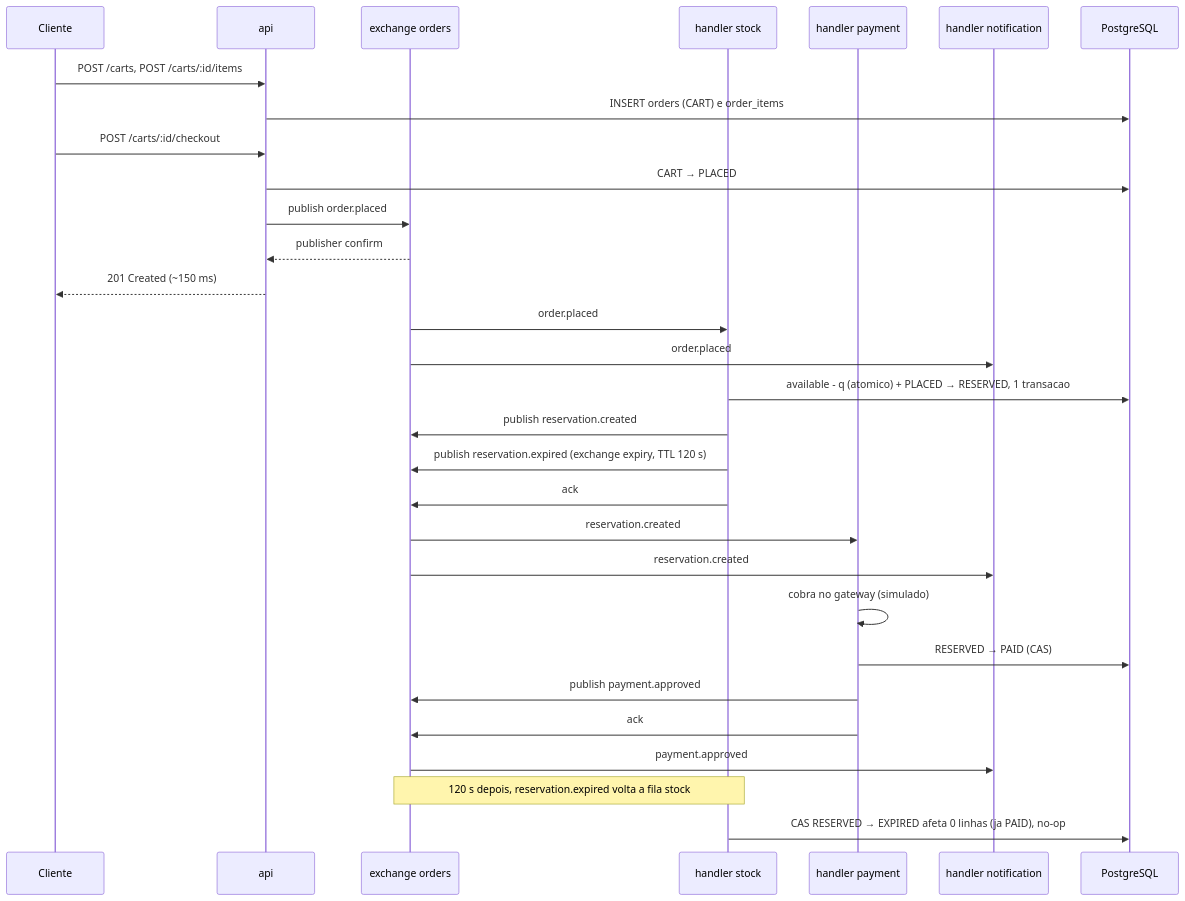
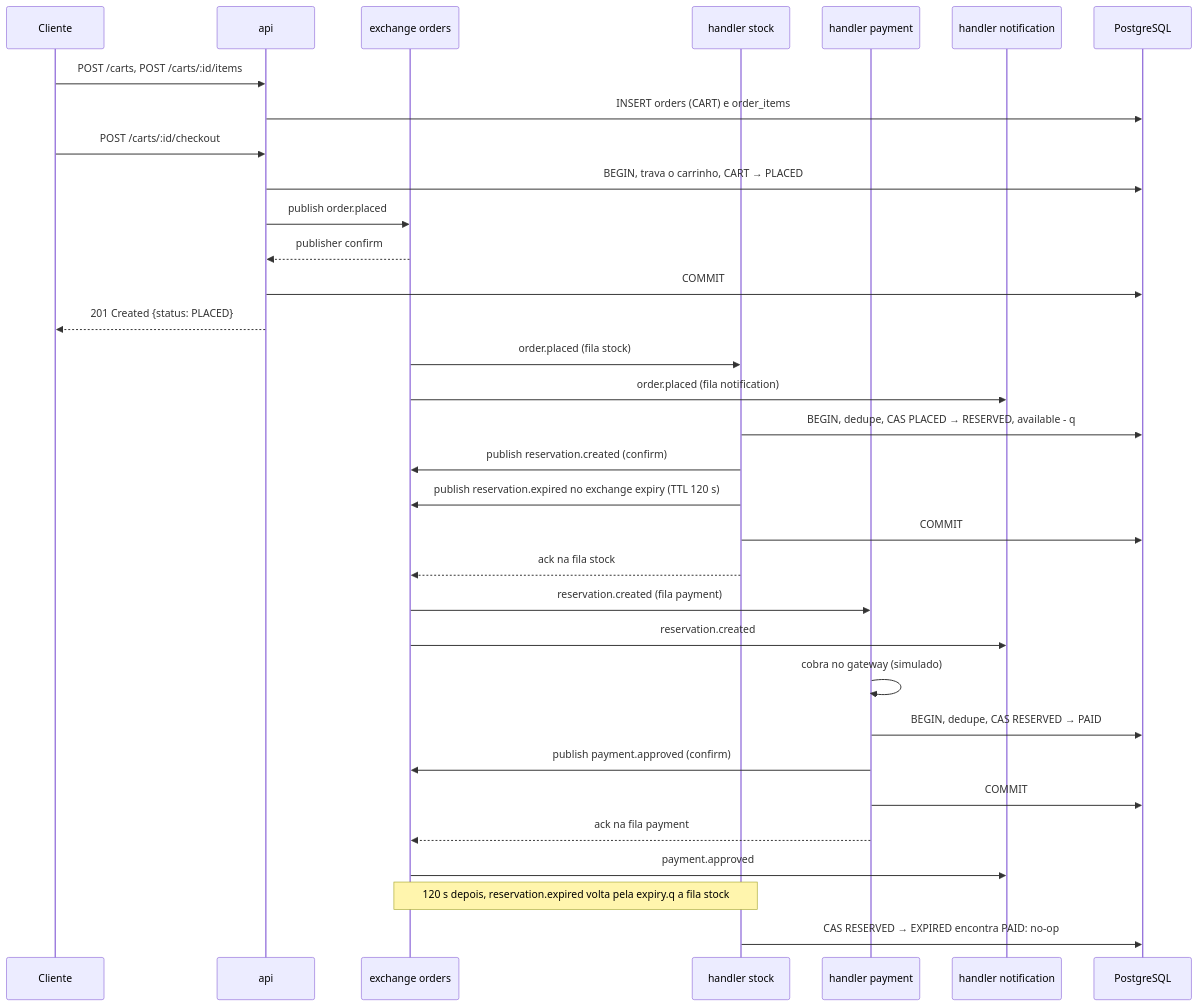
Before and after one commit to NicolasPaterno/message-queue-ecommerce: the second of 7 diagrams in docs/etapa2.md, drawn with Mermaid. The commit also changed other lines of this file and 1 other file, not shown here.

Commit message:
docs(etapa1,etapa2): diagrams, actors and corrected reliability claims

````diff
--- a/docs/etapa2.md
+++ b/docs/etapa2.md
@@ -155,36 +174,39 @@
 ```mermaid
 sequenceDiagram
     participant C as Cliente
     participant A as api
     participant X as exchange orders
     participant S as handler stock
     participant P as handler payment
     participant N as handler notification
     participant DB as PostgreSQL
 
     C->>A: POST /carts, POST /carts/:id/items
     A->>DB: INSERT orders (CART) e order_items
     C->>A: POST /carts/:id/checkout
-    A->>DB: CART → PLACED
+    A->>DB: BEGIN, trava o carrinho, CART → PLACED
     A->>X: publish order.placed
     X-->>A: publisher confirm
-    A-->>C: 201 Created (~150 ms)
+    A->>DB: COMMIT
+    A-->>C: 201 Created {status: PLACED}
 
-    X->>S: order.placed
-    X->>N: order.placed
-    S->>DB: available - q (atomico) + PLACED → RESERVED, 1 transacao
-    S->>X: publish reservation.created
-    S->>X: publish reservation.expired (exchange expiry, TTL 120 s)
-    S->>X: ack
+    X->>S: order.placed (fila stock)
+    X->>N: order.placed (fila notification)
+    S->>DB: BEGIN, dedupe, CAS PLACED → RESERVED, available - q
+    S->>X: publish reservation.created (confirm)
+    S->>X: publish reservation.expired no exchange expiry (TTL 120 s)
+    S->>DB: COMMIT
+    S-->>X: ack na fila stock
 
-    X->>P: reservation.created
+    X->>P: reservation.created (fila payment)
     X->>N: reservation.created
     P->>P: cobra no gateway (simulado)
-    P->>DB: RESERVED → PAID (CAS)
-    P->>X: publish payment.approved
-    P->>X: ack
+    P->>DB: BEGIN, dedupe, CAS RESERVED → PAID
+    P->>X: publish payment.approved (confirm)
+    P->>DB: COMMIT
+    P-->>X: ack na fila payment
     X->>N: payment.approved
 
-    Note over X,S: 120 s depois, reservation.expired volta a fila stock
-    S->>DB: CAS RESERVED → EXPIRED afeta 0 linhas (ja PAID), no-op
+    Note over X,S: 120 s depois, reservation.expired volta pela expiry.q a fila stock
+    S->>DB: CAS RESERVED → EXPIRED encontra PAID: no-op
 ```
````
